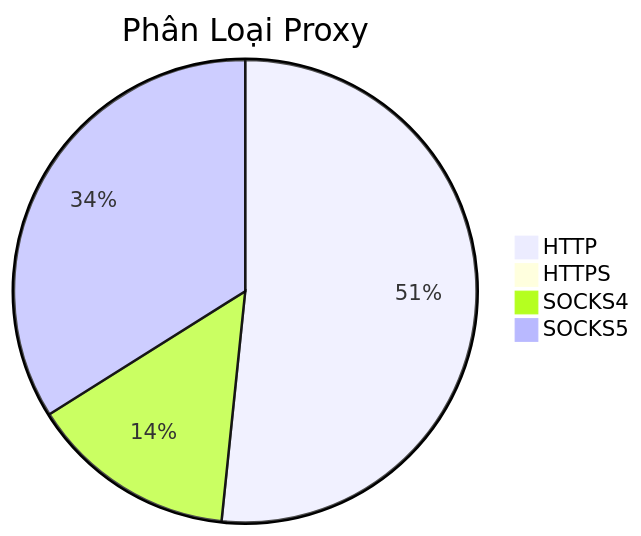
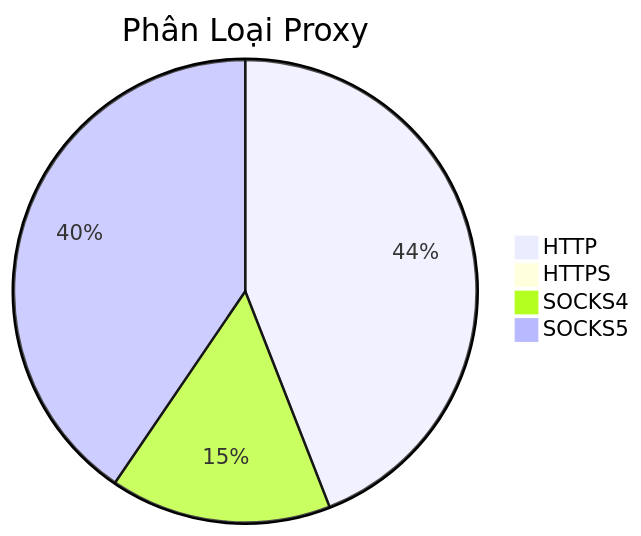
Before and after one commit to Ciara-Aa/PROXY-free: the diagram in README.md, drawn with Mermaid. The commit also changed other lines of this file and 4 other files, not shown here.

````diff
--- a/README.md
+++ b/README.md
@@ -26,7 +26,7 @@
 ```mermaid
 pie title Phân Loại Proxy
-    "HTTP" : 347
-    "HTTPS" : 6
-    "SOCKS4" : 97
-    "SOCKS5" : 228
+    "HTTP" : 234
+    "HTTPS" : 4
+    "SOCKS4" : 82
+    "SOCKS5" : 215
 ```
````
